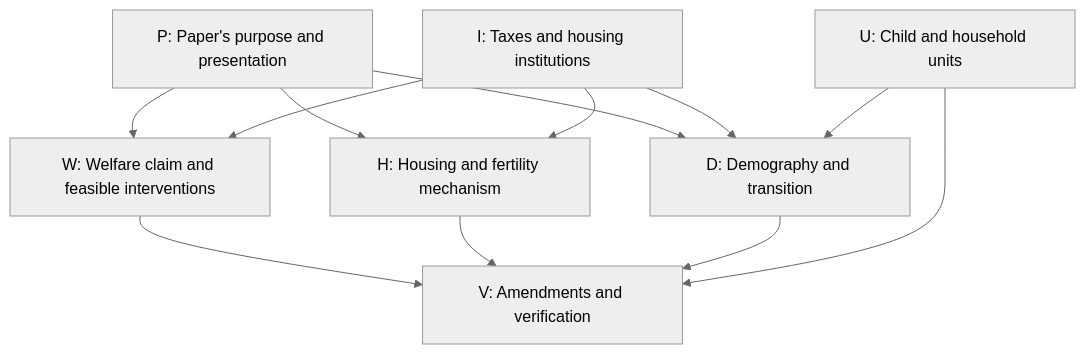
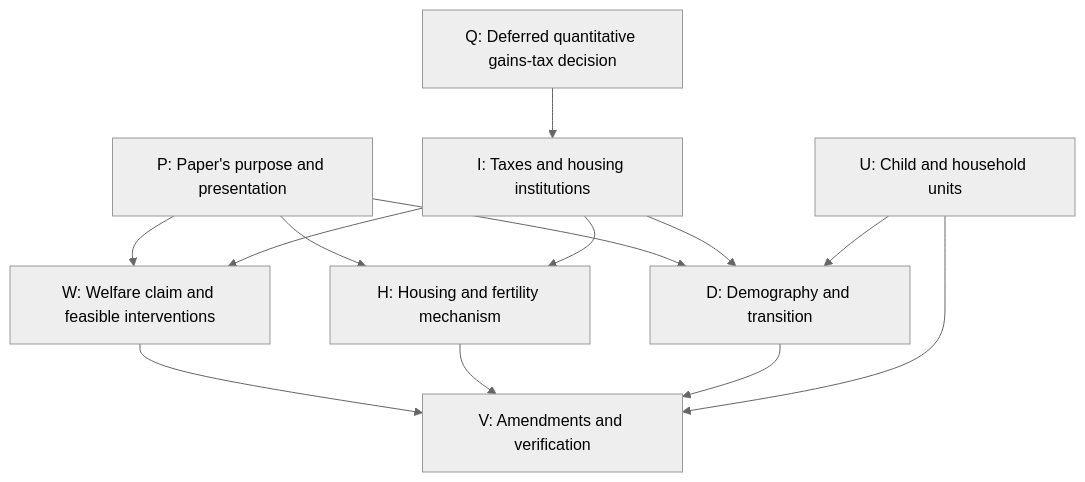
Before and after one commit to tommasodesanto/Fertility_Spring26: the diagram in docs/model/ACTIVE_DECISION_LEDGER.md, drawn with Mermaid (neutral theme). The commit also changed other lines of this file, not shown here.

Commit message:
Defer gains-tax extension to quantitative inclusion decision

````diff
--- a/docs/model/ACTIVE_DECISION_LEDGER.md
+++ b/docs/model/ACTIVE_DECISION_LEDGER.md
@@ -65,14 +67,15 @@
 ```mermaid
 flowchart TD
     P["P: Paper's purpose and presentation"] --> W["W: Welfare claim and feasible interventions"]
     P --> H["H: Housing and fertility mechanism"]
     P --> D["D: Demography and transition"]
     I["I: Taxes and housing institutions"] --> W
     I --> H
     I --> D
+    Q["Q: Deferred quantitative gains-tax decision"] --> I
     U["U: Child and household units"] --> D
     W --> V["V: Amendments and verification"]
     H --> V
     D --> V
     U --> V
 ```
````
